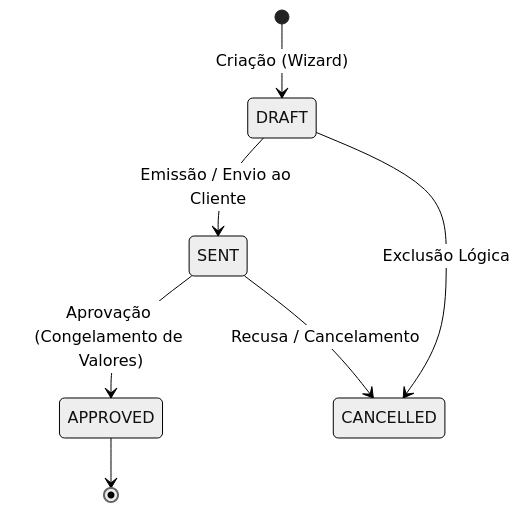
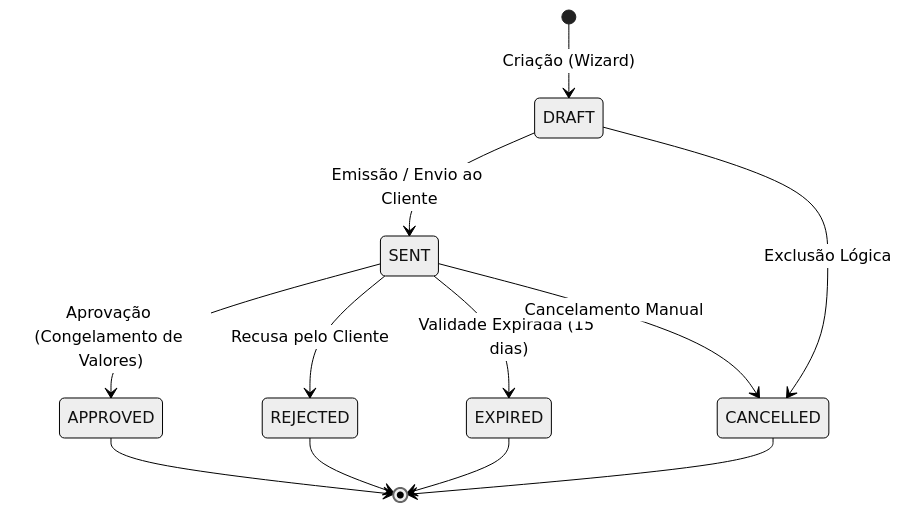
The diagram in docs/sistema/001-analise-projeto/ESQ-Especificacao_Templates_Orcamentos.md (ADS-IFPB-SR/alumigest), drawn with Mermaid (neutral theme) before and after one commit. The commit also changed other lines of this file and 18 other files, not shown here.

````diff
--- a/docs/sistema/001-analise-projeto/ESQ-Especificacao_Templates_Orcamentos.md
+++ b/docs/sistema/001-analise-projeto/ESQ-Especificacao_Templates_Orcamentos.md
@@ -93,9 +126,14 @@
 ```mermaid
 stateDiagram-v2
     [*] --> DRAFT: Criação (Wizard)
     DRAFT --> SENT: Emissão / Envio ao Cliente
     SENT --> APPROVED: Aprovação (Congelamento de Valores)
-    SENT --> CANCELLED: Recusa / Cancelamento
+    SENT --> REJECTED: Recusa pelo Cliente
+    SENT --> EXPIRED: Validade Expirada (15 dias)
+    SENT --> CANCELLED: Cancelamento Manual
     DRAFT --> CANCELLED: Exclusão Lógica
     APPROVED --> [*]
+    REJECTED --> [*]
+    EXPIRED --> [*]
+    CANCELLED --> [*]
 ```
````
